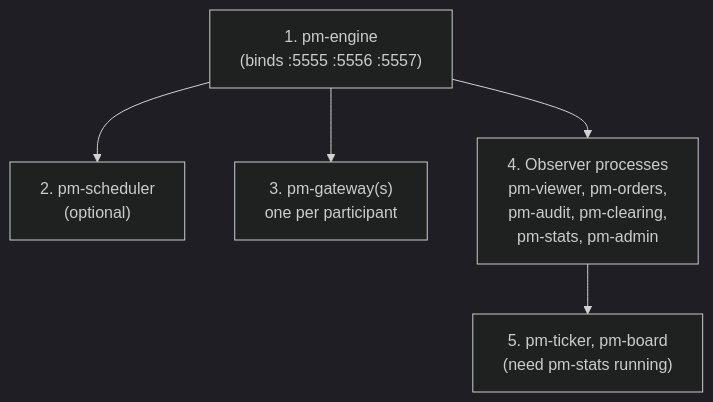
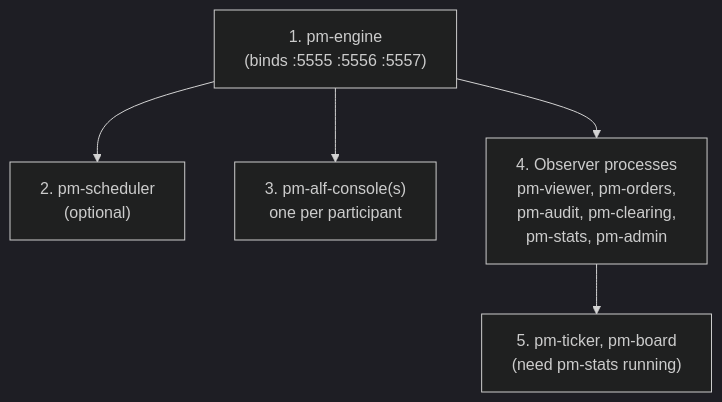
One commit to johan162/EduMatcher changed the first of 2 diagrams in docs/user-guide/03-running-the-engine.md. Above: the diagram before and after it, drawn with Mermaid (dark theme). The commit also changed other lines of this file and 38 other files, not shown here.

````diff
--- a/docs/user-guide/03-running-the-engine.md
+++ b/docs/user-guide/03-running-the-engine.md
@@ -156,13 +156,13 @@
 ```mermaid
 flowchart TD
     ENG["1. pm-engine\n(binds :5555 :5556 :5557)"]
     SCH["2. pm-scheduler\n(optional)"]
-    GW["3. pm-gateway(s)\none per participant"]
+    GW["3. pm-alf-console(s)\none per participant"]
     OBS["4. Observer processes\npm-viewer, pm-orders,\npm-audit, pm-clearing,\npm-stats, pm-admin"]
     STAT_DEP["5. pm-ticker, pm-board\n(need pm-stats running)"]
 
     ENG --> SCH
     ENG --> GW
     ENG --> OBS
     OBS --> STAT_DEP
 ```
````
